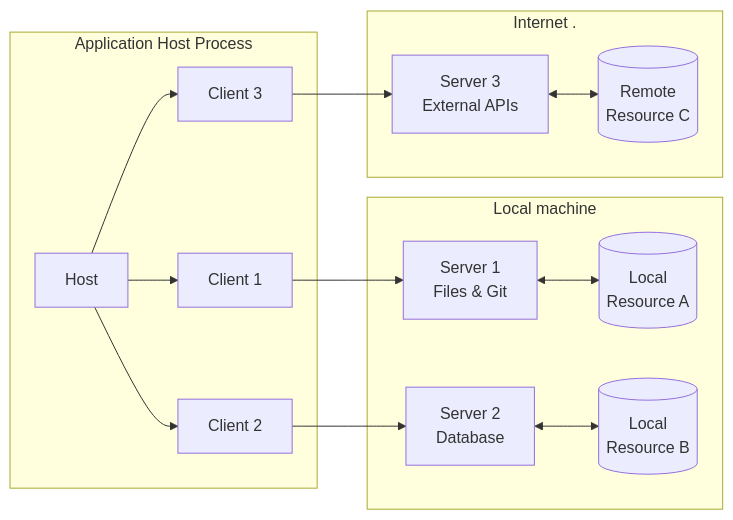
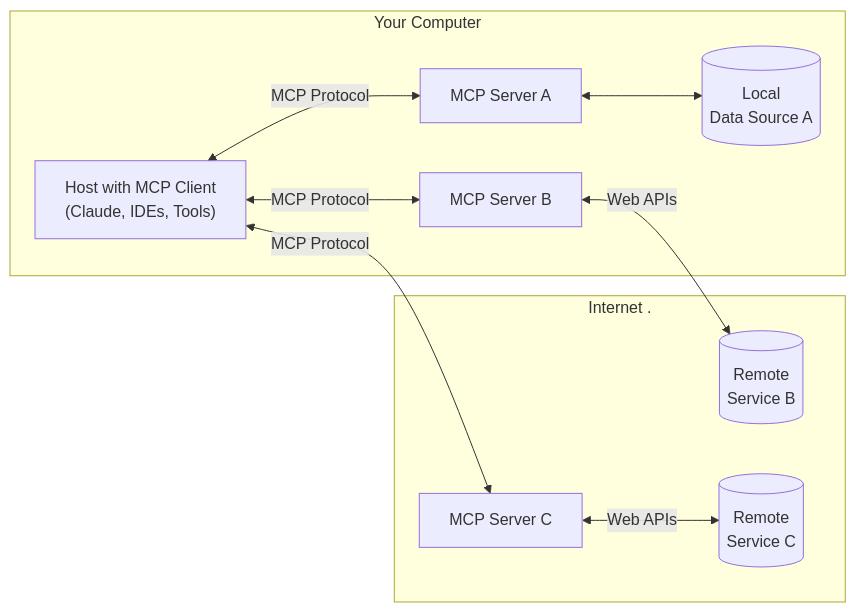
The diagram in exercises/README.mdx (rubenpenap/mcp-fundamentals), drawn with Mermaid before and after one commit.

Commit message:
update architecture diagram

````diff
--- a/exercises/README.mdx
+++ b/exercises/README.mdx
@@ -14,32 +14,20 @@
 ```mermaid
-graph LR
-	subgraph "Application Host Process"
-		H[Host]
-		C1[Client 1]
-		C2[Client 2]
-		C3[Client 3]
-		H --> C1
-		H --> C2
-		H --> C3
-	end
-
-	subgraph "Local machine"
-		S1[Server 1<br>Files & Git]
-		S2[Server 2<br>Database]
-		R1[("Local<br>Resource A")]
-		R2[("Local<br>Resource B")]
-
-		C1 --> S1
-		C2 --> S2
-		S1 <--> R1
-		S2 <--> R2
-	end
-
-	subgraph "Internet ."
-		S3[Server 3<br>External APIs]
-		R3[("Remote<br>Resource C")]
-
-		C3 --> S3
-		S3 <--> R3
-	end
+flowchart LR
+    subgraph "Your Computer"
+        Host["Host with MCP Client<br/>(Claude, IDEs, Tools)"]
+        S1["MCP Server A"]
+        S2["MCP Server B"]
+        D1[("Local<br/>Data Source A")]
+        Host <-->|"MCP Protocol"| S1
+        Host <-->|"MCP Protocol"| S2
+        S1 <--> D1
+    end
+    subgraph "Internet ."
+        S3["MCP Server C"]
+        D2[("Remote<br/>Service B")]
+        D3[("Remote<br/>Service C")]
+        S2 <-->|"Web APIs"| D2
+        S3 <-->|"Web APIs"| D3
+    end
+    Host <-->|"MCP Protocol"| S3
 ```
````
